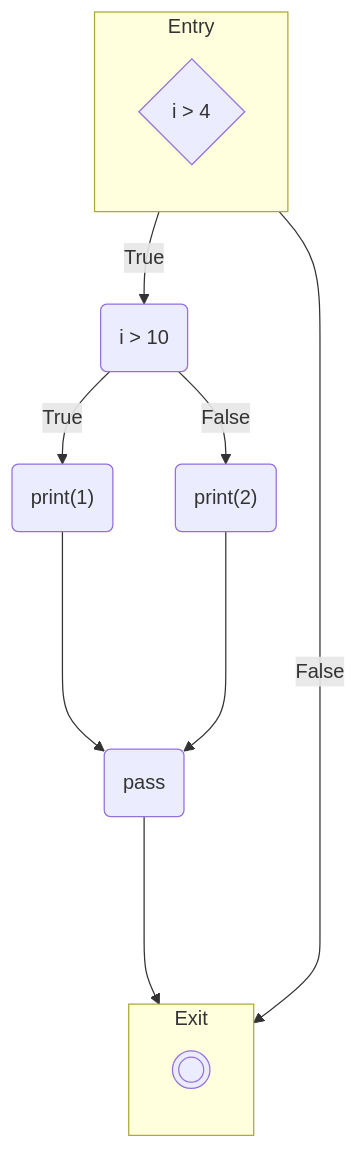
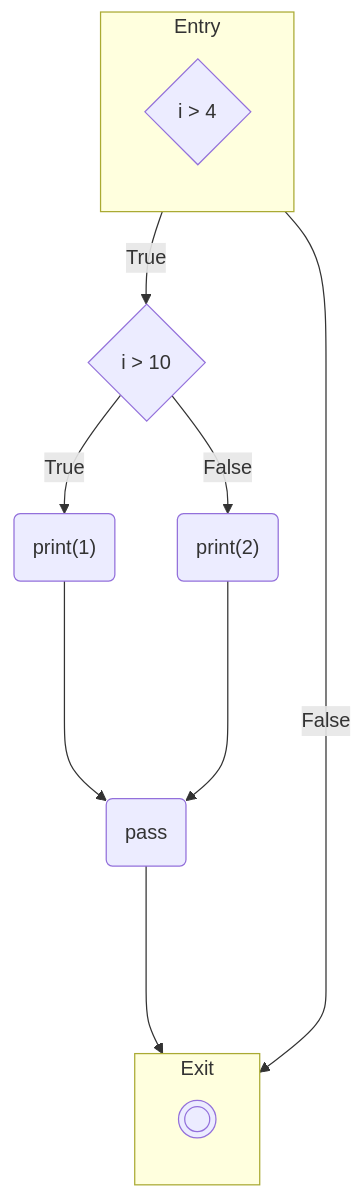
The tenth of 12 diagrams in src/content/docs/developers/fast-cfg.mdx (moosetechnology/moosetechnology.github.io), drawn with Mermaid before and after one commit. The commit also changed other lines of this file and 1 other file, not shown here.

Commit message:
Update graphs to be more explicit

````diff
--- a/src/content/docs/developers/fast-cfg.mdx
+++ b/src/content/docs/developers/fast-cfg.mdx
@@ -464,29 +466,27 @@
 ```mermaid
 flowchart TD
 	subgraph Entry
 		direction TB
-		72218624
+		1
 	end
 
-
-subgraph Exit
+	subgraph Exit
 		direction TB
-		900094720
+		3
 	end
 
-
-72218624{"i > 4 "}
-	72218624 -- True --> 317195520
-	72218624 -- False --> 900094720
-	317195520("i > 10 ")
-	317195520 -- True --> 1053648128
-	317195520 -- False --> 517421568
-	1053648128("print(1) ")
-	1053648128 ----> 453648128
-	453648128("pass ")
-	453648128 ----> 900094720
-	900094720(((" ")))
-	517421568("print(2) ")
-	517421568 ----> 453648128
-	
+	1{"i > 4 "}
+	2{"i > 10 "}
+	3(((" ")))
+	4("print(1) ")
+	5("print(2) ")
+	6("pass ")
+	1 -- True --> 2
+	1 -- False --> 3
+	2 -- True --> 4
+	2 -- False --> 5
+	4 ----> 6
+	5 ----> 6
+	6 ----> 3
+		
 ```
````
